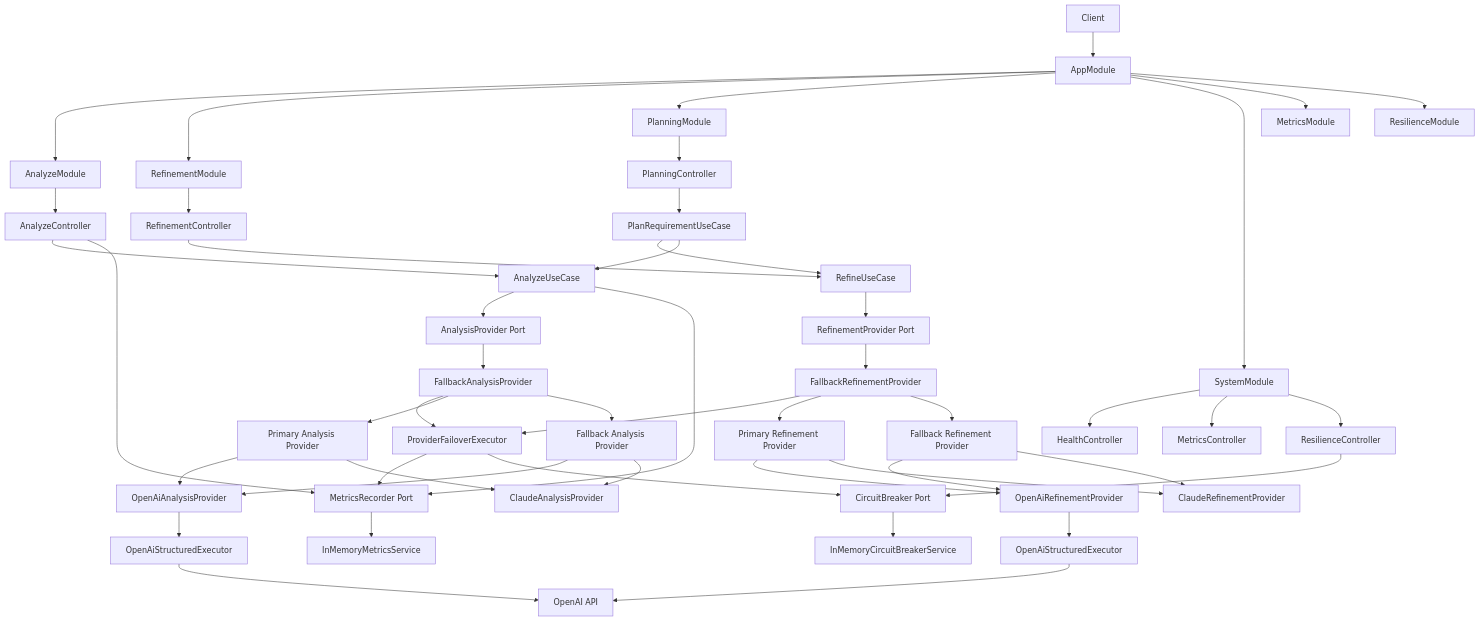
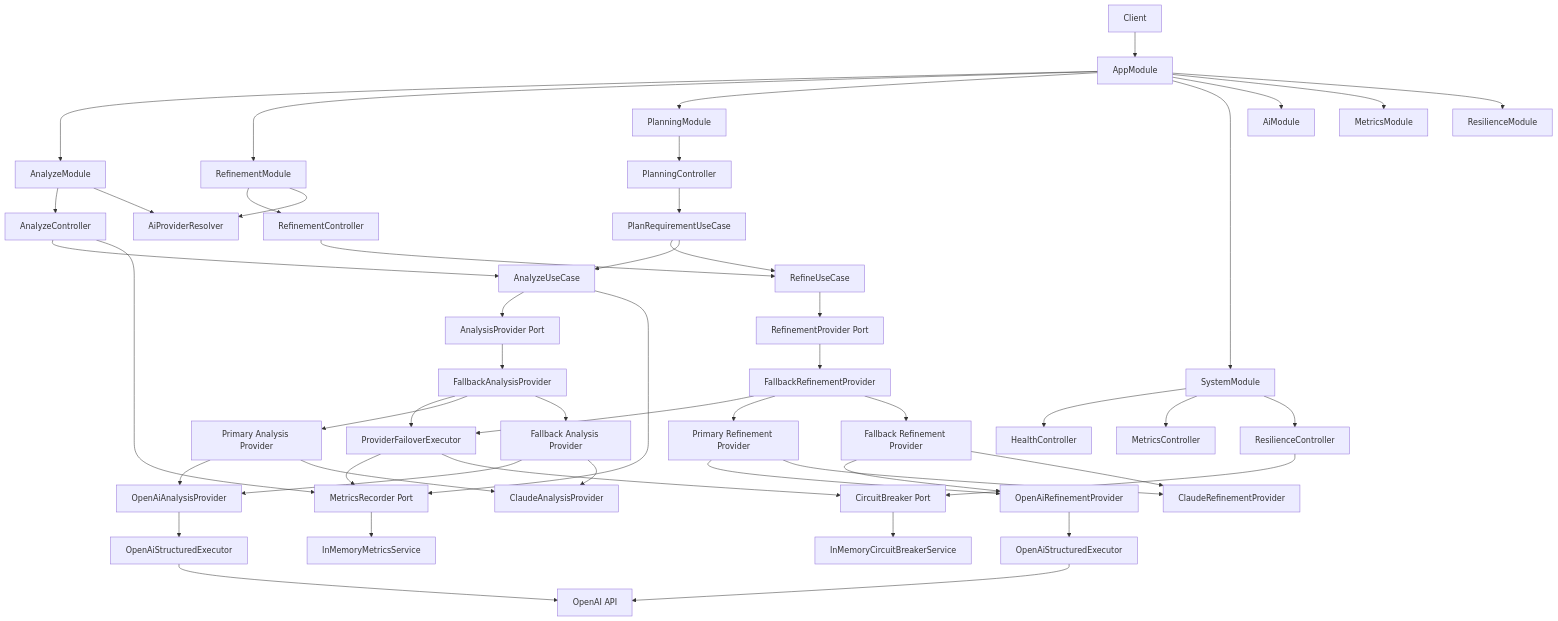
One commit to gustavoarielms/ai-orchestrator changed the diagram in docs/diagrams/architecture-overview.md. Above: the diagram before and after it, drawn with Mermaid. The commit also changed 6 other files, not shown here.

First line of the commit message:
docs(architecture): align documentation with shared AI runtime and failover strategy

````diff
--- a/docs/diagrams/architecture-overview.md
+++ b/docs/diagrams/architecture-overview.md
@@ -3,56 +3,59 @@
 ```mermaid
 flowchart TD
     Client[Client] --> App[AppModule]
 
     App --> AnalyzeModule[AnalyzeModule]
     App --> RefinementModule[RefinementModule]
     App --> PlanningModule[PlanningModule]
     App --> SystemModule[SystemModule]
+    App --> AiModule[AiModule]
     App --> MetricsModule[MetricsModule]
     App --> ResilienceModule[ResilienceModule]
 
     AnalyzeModule --> AnalyzeController[AnalyzeController]
     AnalyzeController --> AnalyzeUseCase[AnalyzeUseCase]
     AnalyzeUseCase --> AnalysisProvider[AnalysisProvider Port]
     AnalyzeController --> MetricsRecorder[MetricsRecorder Port]
     AnalyzeUseCase --> MetricsRecorder
+    AnalyzeModule --> AiResolver[AiProviderResolver]
     AnalysisProvider --> AnalyzeFallbackProvider[FallbackAnalysisProvider]
     AnalyzeFallbackProvider --> FailoverExecutor[ProviderFailoverExecutor]
     AnalyzeFallbackProvider --> AnalyzePrimary[Primary Analysis Provider]
     AnalyzeFallbackProvider --> AnalyzeFallback[Fallback Analysis Provider]
     AnalyzePrimary --> OpenAIProvider[OpenAiAnalysisProvider]
     AnalyzePrimary --> ClaudeProvider[ClaudeAnalysisProvider]
     AnalyzeFallback --> OpenAIProvider
     AnalyzeFallback --> ClaudeProvider
     OpenAIProvider --> AnalyzeExecutor[OpenAiStructuredExecutor]
     AnalyzeExecutor --> OpenAI[OpenAI API]
 
     RefinementModule --> RefinementController[RefinementController]
     RefinementController --> RefineUseCase[RefineUseCase]
     RefineUseCase --> RefinementProvider[RefinementProvider Port]
+    RefinementModule --> AiResolver
     RefinementProvider --> RefinementFallbackProvider[FallbackRefinementProvider]
     RefinementFallbackProvider --> FailoverExecutor
     RefinementFallbackProvider --> RefinementPrimary[Primary Refinement Provider]
     RefinementFallbackProvider --> RefinementFallback[Fallback Refinement Provider]
     RefinementPrimary --> OpenAiRefinementProvider[OpenAiRefinementProvider]
     RefinementPrimary --> ClaudeRefinementProvider[ClaudeRefinementProvider]
     RefinementFallback --> OpenAiRefinementProvider
     RefinementFallback --> ClaudeRefinementProvider
     OpenAiRefinementProvider --> RefinementExecutor[OpenAiStructuredExecutor]
     RefinementExecutor --> OpenAI
 
     PlanningModule --> PlanningController[PlanningController]
     PlanningController --> PlanUseCase[PlanRequirementUseCase]
     PlanUseCase --> RefineUseCase
     PlanUseCase --> AnalyzeUseCase
 
     SystemModule --> HealthController[HealthController]
     SystemModule --> MetricsController[MetricsController]
     SystemModule --> ResilienceController[ResilienceController]
 
     MetricsRecorder --> InMemoryMetrics[InMemoryMetricsService]
     ResilienceController --> CircuitBreaker[CircuitBreaker Port]
     CircuitBreaker --> InMemoryCircuitBreaker[InMemoryCircuitBreakerService]
     FailoverExecutor --> MetricsRecorder
     FailoverExecutor --> CircuitBreaker
 ```
````
